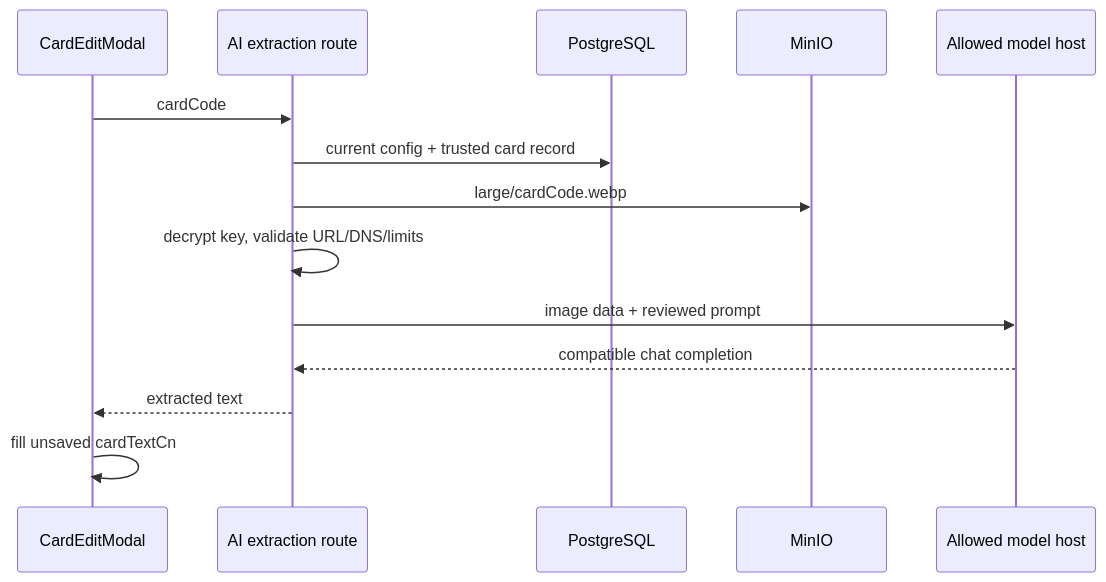
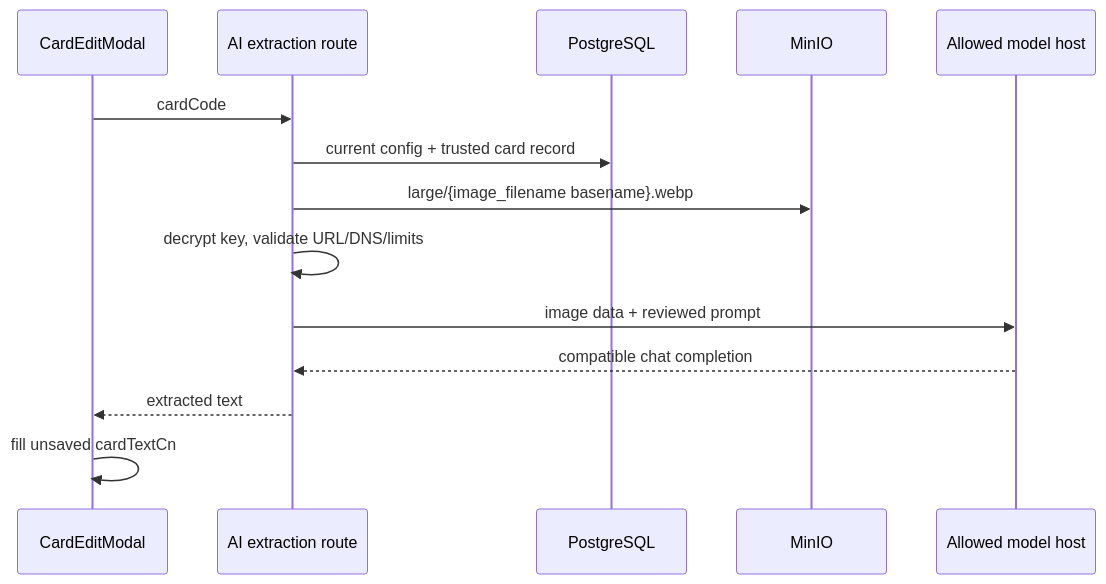
The second of 2 diagrams in docs/admin-center/design.md (catmeow123456/loveca-dev), drawn with Mermaid before and after one commit. The commit also changed 11 other files, not shown here.

First line of the commit message:
fix(admin): 隔离失租任务的卡图写入

````diff
--- a/docs/admin-center/design.md
+++ b/docs/admin-center/design.md
@@ -50,16 +50,16 @@
 ```mermaid
 sequenceDiagram
     participant UI as CardEditModal
     participant API as AI extraction route
     participant DB as PostgreSQL
     participant Obj as MinIO
     participant Model as Allowed model host
     UI->>API: cardCode
     API->>DB: current config + trusted card record
-    API->>Obj: large/cardCode.webp
+    API->>Obj: large/{image_filename basename}.webp
     API->>API: decrypt key, validate URL/DNS/limits
     API->>Model: image data + reviewed prompt
     Model-->>API: compatible chat completion
     API-->>UI: extracted text
     UI->>UI: fill unsaved cardTextCn
 ```
````
